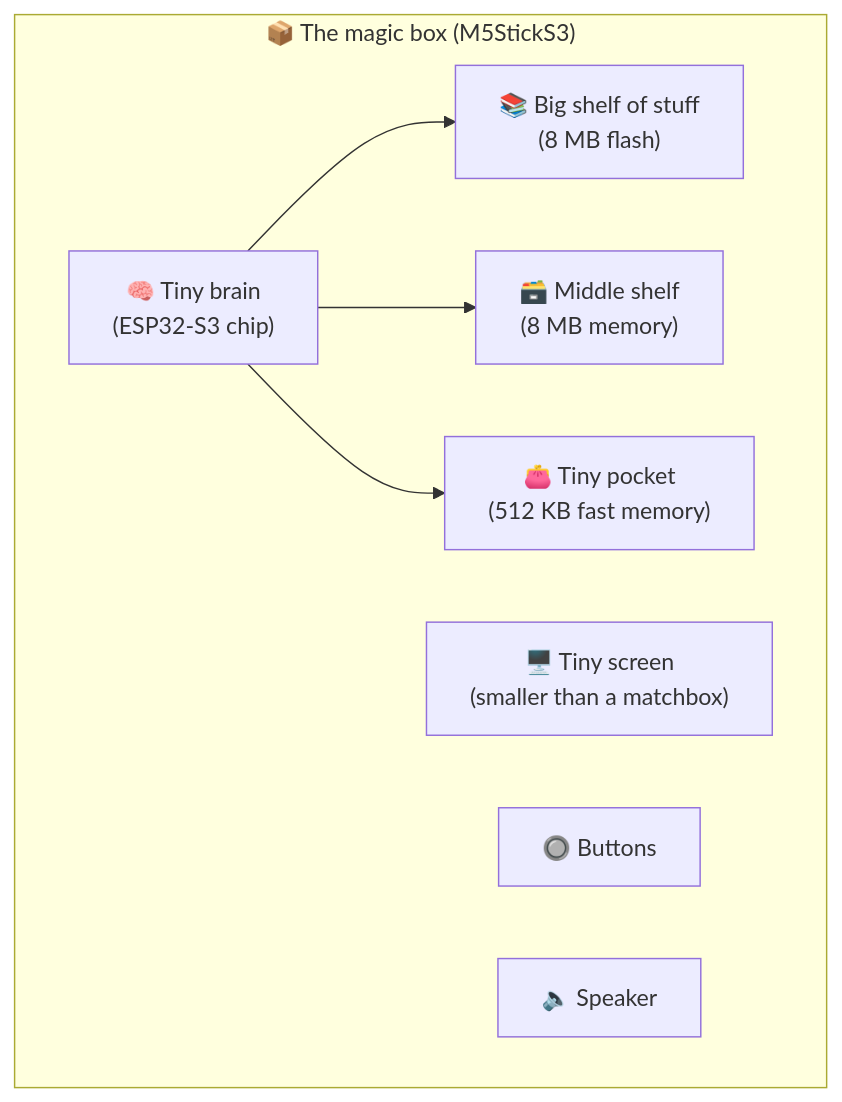
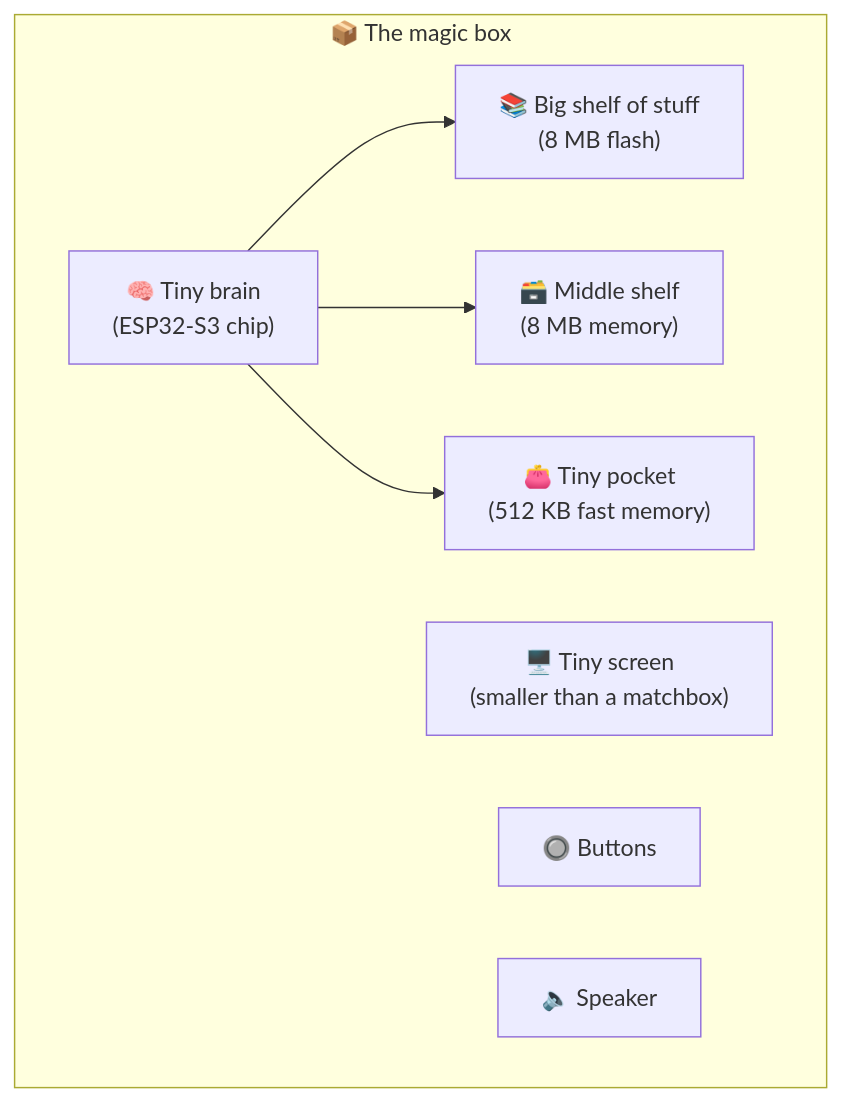
The second of 9 diagrams in docs/how_it_works.md (hariharaprasadr/storylm), drawn with Mermaid before and after one commit. The commit also changed 5 other files, not shown here.

````diff
--- a/docs/how_it_works.md
+++ b/docs/how_it_works.md
@@ -24,15 +24,15 @@
 ```mermaid
 flowchart TB
-    subgraph box["📦 The magic box (M5StickS3)"]
+    subgraph box["📦 The magic box"]
         C["🧠 Tiny brain<br/>(ESP32-S3 chip)"]
         F["📚 Big shelf of stuff<br/>(8 MB flash)"]
         M["🗃️ Middle shelf<br/>(8 MB memory)"]
         T["👛 Tiny pocket<br/>(512 KB fast memory)"]
         S["🖥️ Tiny screen<br/>(smaller than a matchbox)"]
         K["🔘 Buttons"]
         V["🔈 Speaker"]
     end
     C --> F
     C --> M
     C --> T
 ```
````
